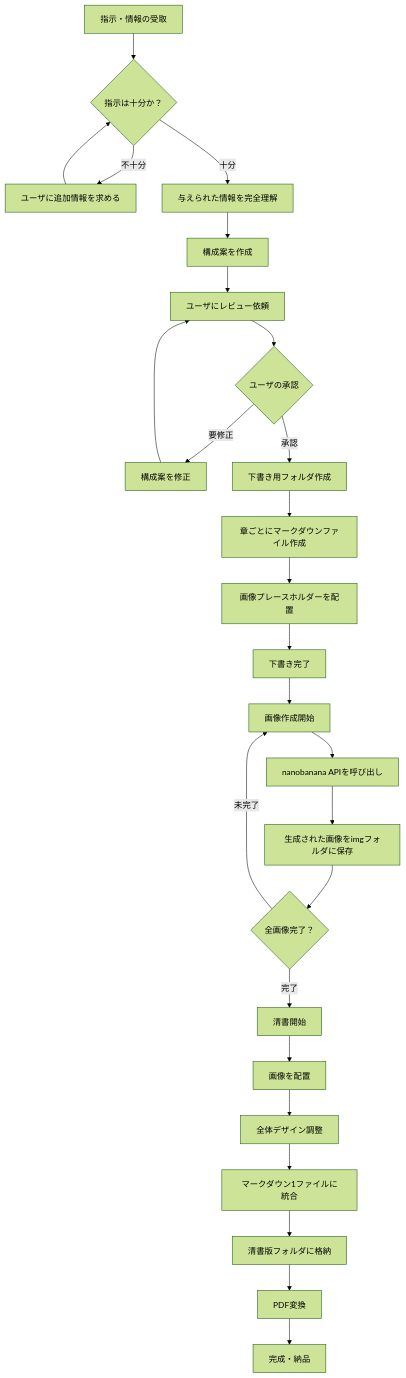
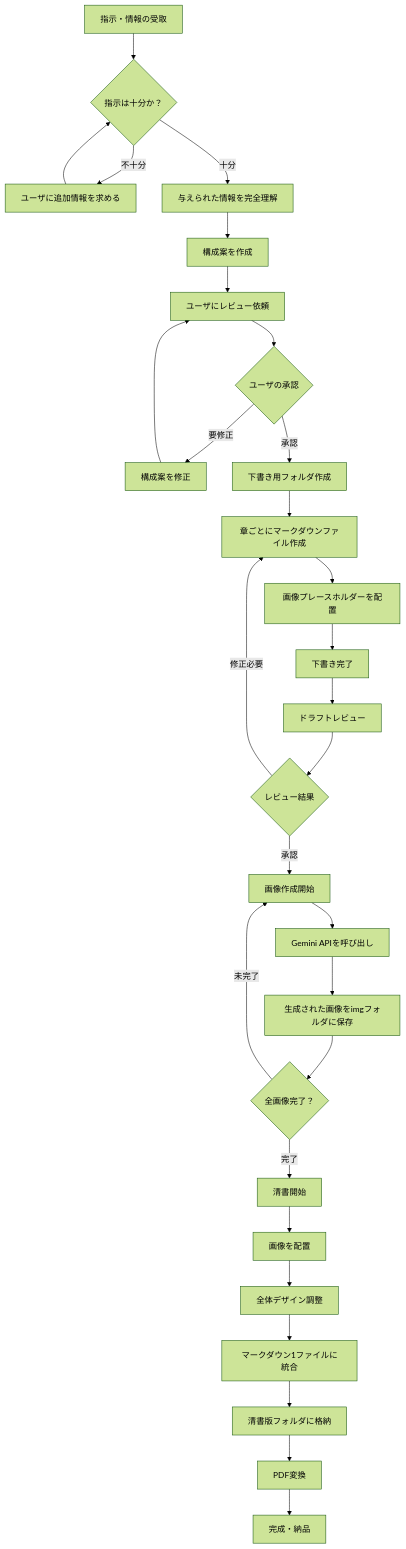
The diagram in objectives.md (yamatott/Book-Creation), drawn with Mermaid (forest theme) before and after one commit. The commit also changed other lines of this file and 6 other files, not shown here.

````diff
--- a/objectives.md
+++ b/objectives.md
@@ -6,31 +6,34 @@
 ```mermaid
 flowchart TD
     A[指示・情報の受取] --> B{指示は十分か？}
     B -->|不十分| C[ユーザに追加情報を求める]
     C --> B
     B -->|十分| D[与えられた情報を完全理解]
     D --> E[構成案を作成]
     E --> F[ユーザにレビュー依頼]
     F --> G{ユーザの承認}
     G -->|要修正| H[構成案を修正]
     H --> F
     G -->|承認| I[下書き用フォルダ作成]
     
     I --> J[章ごとにマークダウンファイル作成]
     J --> K[画像プレースホルダーを配置]
     K --> L[下書き完了]
     
-    L --> M[画像作成開始]
-    M --> N[nanobanana APIを呼び出し]
+    L --> L2[ドラフトレビュー]
+    L2 --> L3{レビュー結果}
+    L3 -->|修正必要| J
+    L3 -->|承認| M[画像作成開始]
+    M --> N[Gemini APIを呼び出し]
     N --> O[生成された画像をimgフォルダに保存]
     O --> P{全画像完了？}
     P -->|未完了| M
     P -->|完了| Q[清書開始]
     
     Q --> R[画像を配置]
     R --> S[全体デザイン調整]
     S --> T[マークダウン1ファイルに統合]
     T --> U[清書版フォルダに格納]
     U --> V[PDF変換]
     V --> W[完成・納品]
 ```
````
